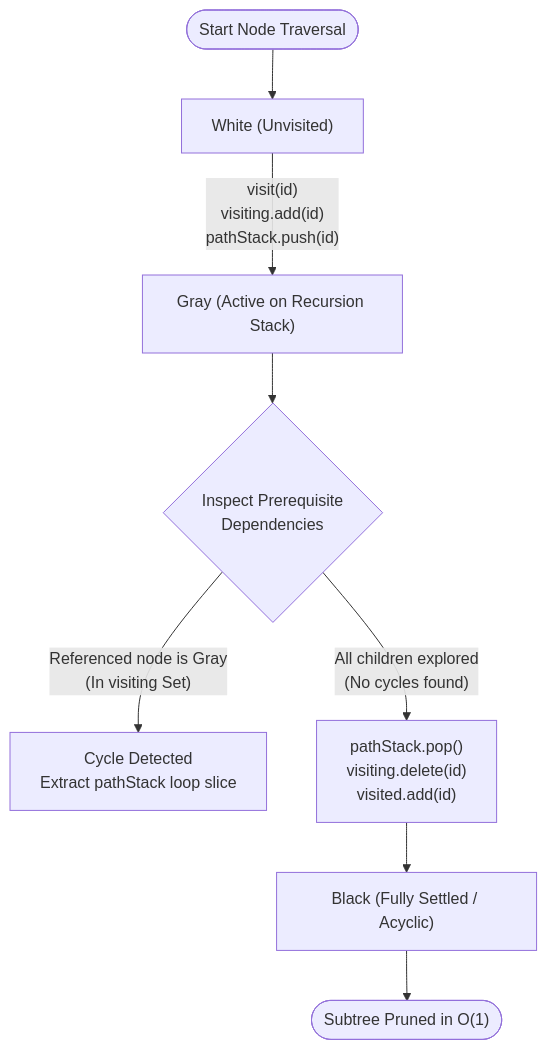
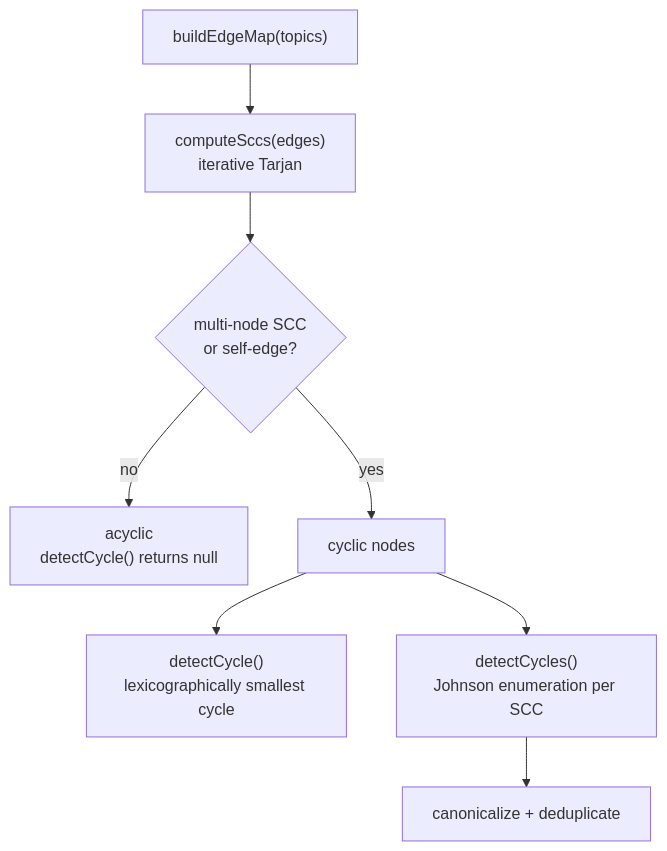
The second of 3 diagrams in docs/03-2-dependency-graph-engine.md (Kuldeep2822k/cli), drawn with Mermaid before and after one commit. The commit also changed other lines of this file and 77 other files, not shown here.

````diff
--- a/docs/03-2-dependency-graph-engine.md
+++ b/docs/03-2-dependency-graph-engine.md
@@ -110,12 +131,10 @@
 ```mermaid
 flowchart TD
-    Start(["Start Node Traversal"]) --> White["White (Unvisited)"]
-    White -->|"visit(id)<br/>visiting.add(id)<br/>pathStack.push(id)"| Gray["Gray (Active on Recursion Stack)"]
-    
-    Gray --> CheckEdge{"Inspect Prerequisite<br/>Dependencies"}
-    CheckEdge -- "Referenced node is Gray<br/>(In visiting Set)" --> Cycle["Cycle Detected<br/>Extract pathStack loop slice"]
-    CheckEdge -- "All children explored<br/>(No cycles found)" --> Pop["pathStack.pop()<br/>visiting.delete(id)<br/>visited.add(id)"]
-    
-    Pop --> Black["Black (Fully Settled / Acyclic)"]
-    Black --> Done(["Subtree Pruned in O(1)"])
+    A["buildEdgeMap(topics)"] --> B["computeSccs(edges)<br/>iterative Tarjan"]
+    B --> C{"multi-node SCC<br/>or self-edge?"}
+    C -- "no" --> D["acyclic<br/>detectCycle() returns null"]
+    C -- "yes" --> E["cyclic nodes"]
+    E --> F["detectCycle()<br/>lexicographically smallest cycle"]
+    E --> G["detectCycles()<br/>Johnson enumeration per SCC"]
+    G --> H["canonicalize + deduplicate"]
 ```
````
